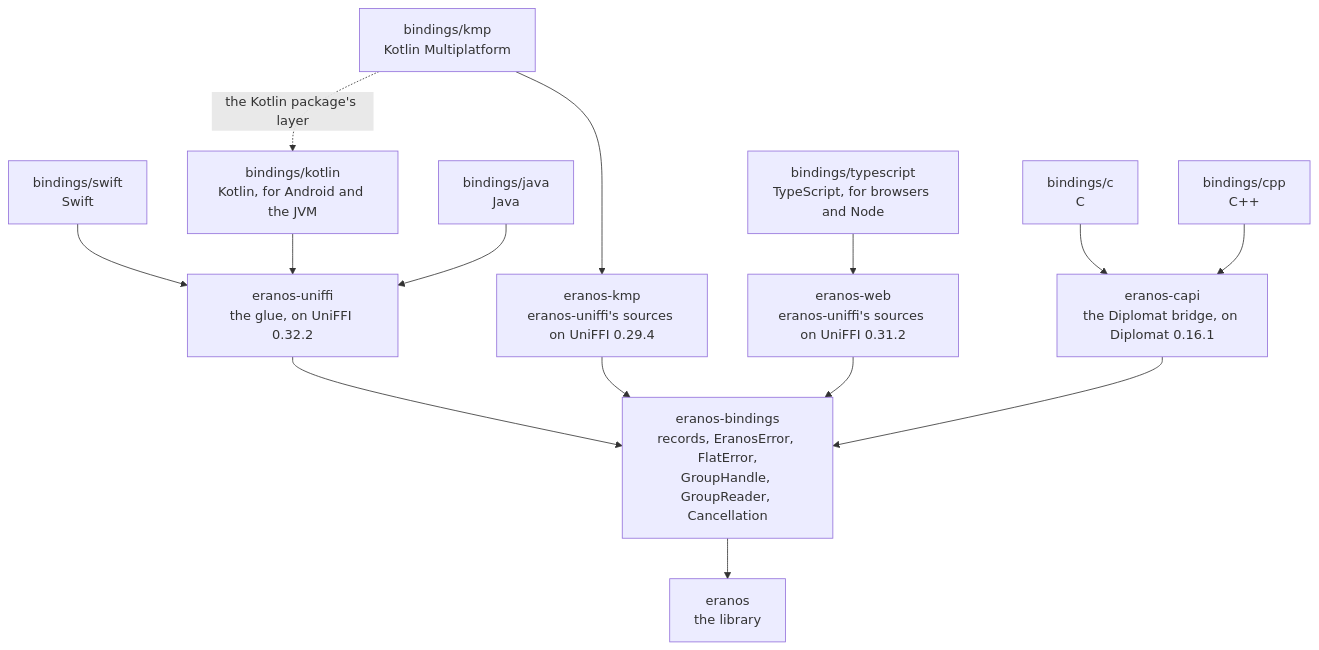
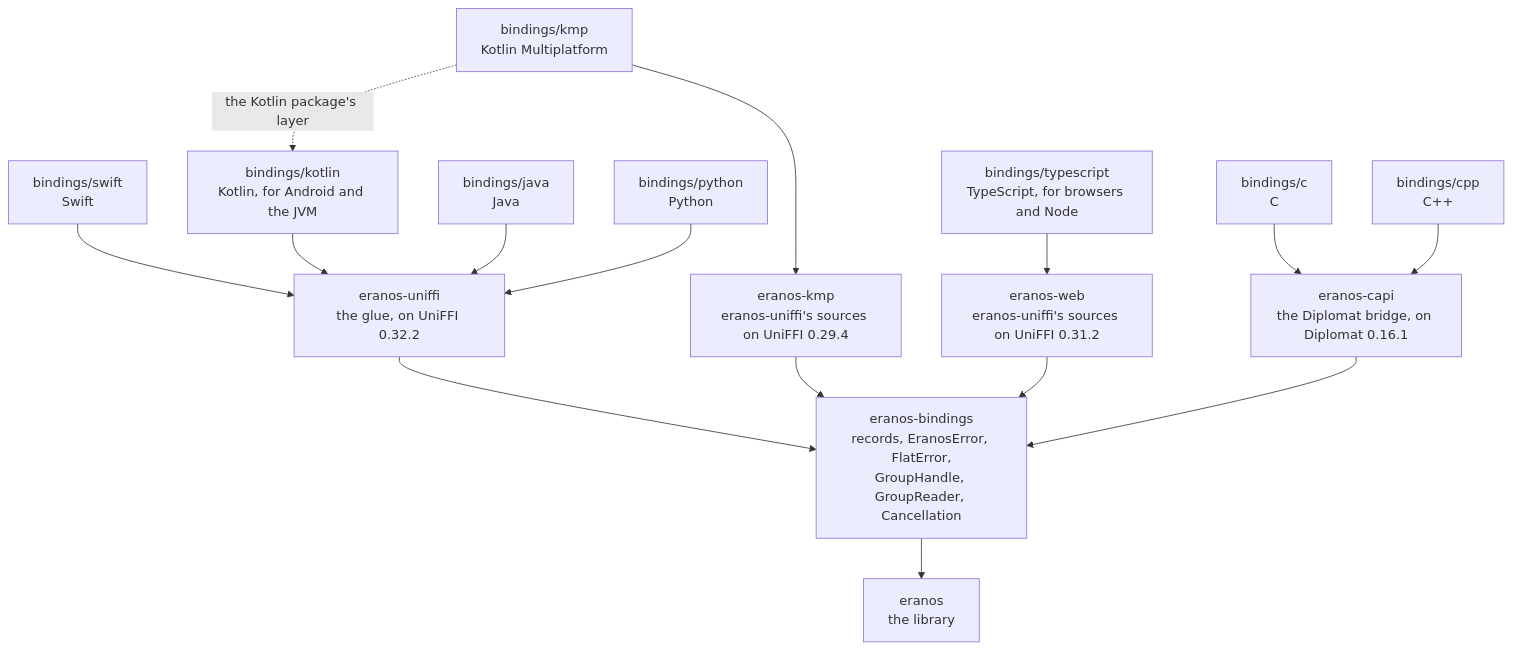
The diagram in docs/BINDINGS.md (cristiancristea00/eranos), drawn with Mermaid before and after one commit. The commit also changed other lines of this file and 45 other files, not shown here.

````diff
--- a/docs/BINDINGS.md
+++ b/docs/BINDINGS.md
@@ -54,29 +56,31 @@
 ```mermaid
 flowchart TD
     SWIFT["bindings/swift<br/>Swift"]
     KOTLIN["bindings/kotlin<br/>Kotlin, for Android and the JVM"]
     JAVA["bindings/java<br/>Java"]
     KMPPACKAGE["bindings/kmp<br/>Kotlin Multiplatform"]
     TYPESCRIPT["bindings/typescript<br/>TypeScript, for browsers and Node"]
     C["bindings/c<br/>C"]
     CPP["bindings/cpp<br/>C++"]
+    PYTHON["bindings/python<br/>Python"]
     UNIFFI["eranos-uniffi<br/>the glue, on UniFFI 0.32.2"]
     KMP["eranos-kmp<br/>eranos-uniffi's sources on UniFFI 0.29.4"]
     WEB["eranos-web<br/>eranos-uniffi's sources on UniFFI 0.31.2"]
     CAPI["eranos-capi<br/>the Diplomat bridge, on Diplomat 0.16.1"]
     BINDINGS["eranos-bindings<br/>records, EranosError, FlatError,<br/>GroupHandle, GroupReader, Cancellation"]
     FACADE["eranos<br/>the library"]
     SWIFT --> UNIFFI
     KOTLIN --> UNIFFI
     JAVA --> UNIFFI
     KMPPACKAGE --> KMP
     KMPPACKAGE -.->|the Kotlin package's layer| KOTLIN
     TYPESCRIPT --> WEB
     C --> CAPI
     CPP --> CAPI
+    PYTHON --> UNIFFI
     UNIFFI --> BINDINGS
     KMP --> BINDINGS
     WEB --> BINDINGS
     CAPI --> BINDINGS
     BINDINGS --> FACADE
 ```
````
